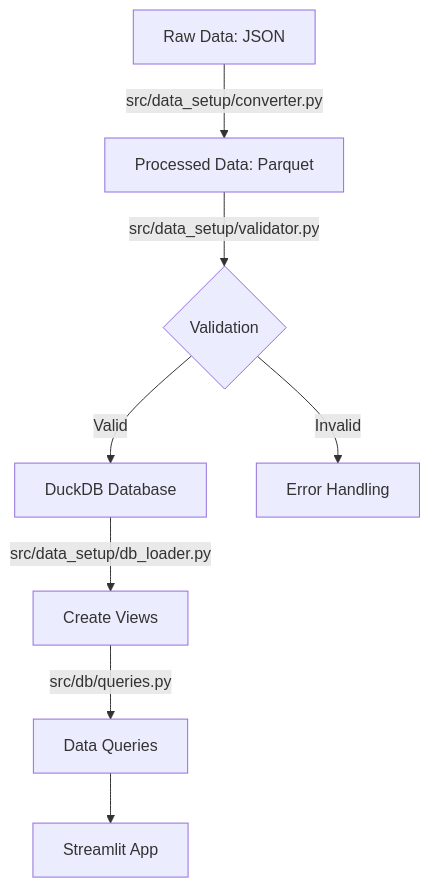
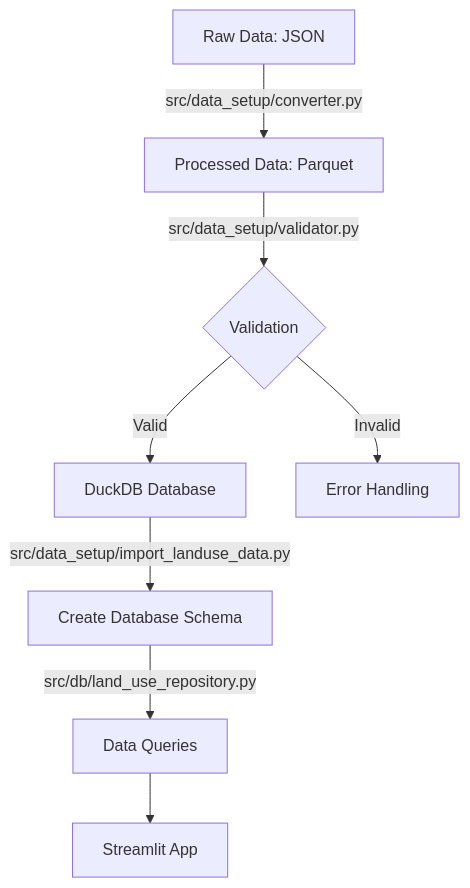
Before and after one commit to mihiarc/rpa-landuse-viewer: the first of 3 diagrams in README.md, drawn with Mermaid. The commit also changed other lines of this file and 8 other files, not shown here.

````diff
--- a/README.md
+++ b/README.md
@@ -69,10 +69,10 @@
 ```mermaid
 flowchart TD
     A[Raw Data: JSON] -->|src/data_setup/converter.py| B[Processed Data: Parquet]
     B -->|src/data_setup/validator.py| C{Validation}
     C -->|Valid| D[DuckDB Database]
     C -->|Invalid| E[Error Handling]
-    D -->|src/data_setup/db_loader.py| F[Create Views]
-    F -->|src/db/queries.py| G[Data Queries]
+    D -->|src/data_setup/import_landuse_data.py| F[Create Database Schema]
+    F -->|src/db/land_use_repository.py| G[Data Queries]
     G --> H[Streamlit App]
 ```
````
